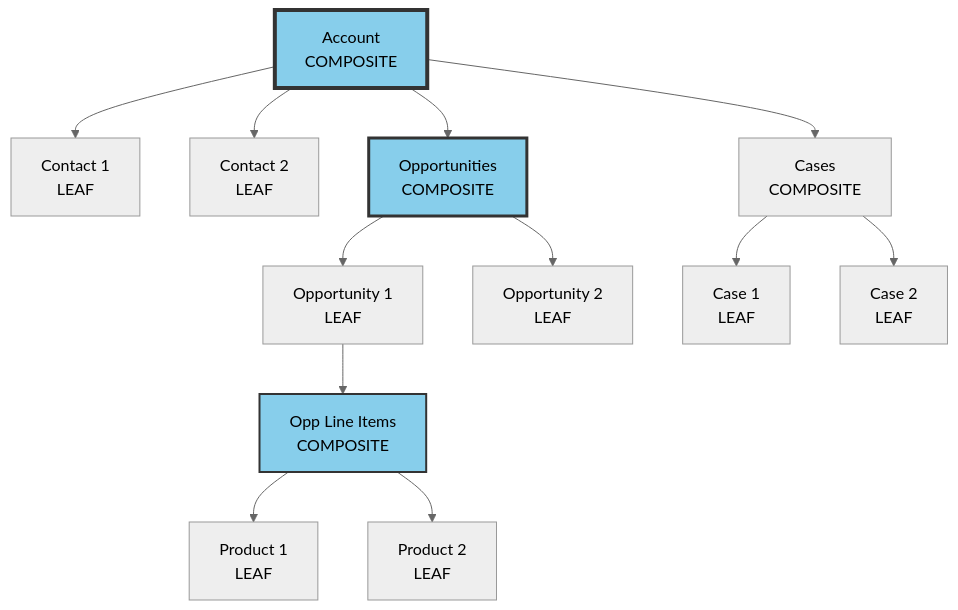
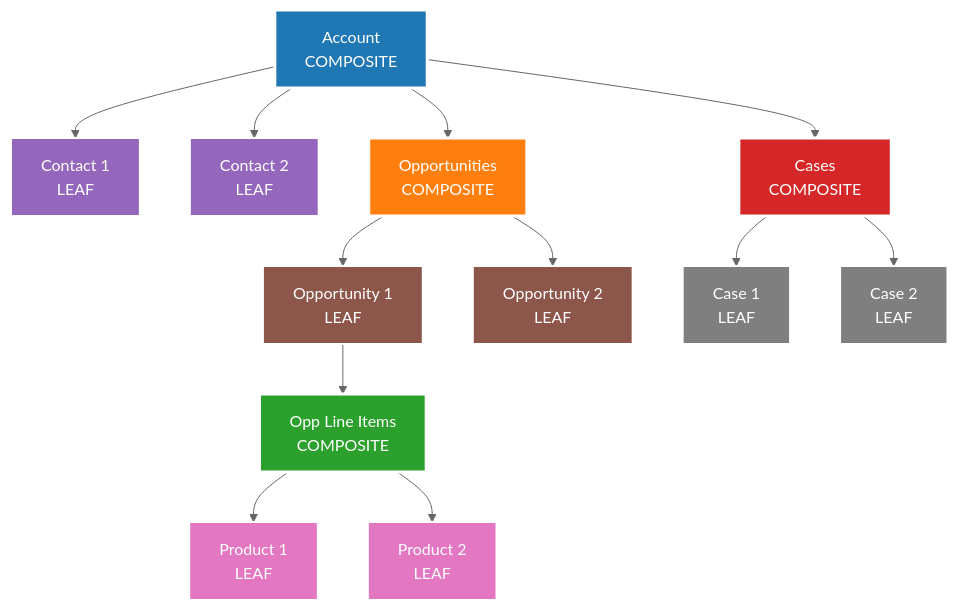
The tenth of 20 diagrams in README_DataCloud_Patterns_Data_Examples.md (arupsarkar-sfdc/Misc), drawn with Mermaid (neutral theme) before and after one commit. The commit also changed other lines of this file and 1 other file, not shown here.

````diff
--- a/README_DataCloud_Patterns_Data_Examples.md
+++ b/README_DataCloud_Patterns_Data_Examples.md
@@ -1072,21 +2631,30 @@
 ```mermaid
 graph TB
     Account[Account<br/>COMPOSITE] --> Contact1[Contact 1<br/>LEAF]
     Account --> Contact2[Contact 2<br/>LEAF]
     Account --> Opp[Opportunities<br/>COMPOSITE]
     
     Opp --> Opp1[Opportunity 1<br/>LEAF]
     Opp --> Opp2[Opportunity 2<br/>LEAF]
     
     Opp1 --> OppLine1[Opp Line Items<br/>COMPOSITE]
     OppLine1 --> Product1[Product 1<br/>LEAF]
     OppLine1 --> Product2[Product 2<br/>LEAF]
     
     Account --> Cases[Cases<br/>COMPOSITE]
     Cases --> Case1[Case 1<br/>LEAF]
     Cases --> Case2[Case 2<br/>LEAF]
     
-    style Account fill:#87CEEB,stroke:#333,stroke-width:4px
-    style Opp fill:#87CEEB,stroke:#333,stroke-width:3px
-    style OppLine1 fill:#87CEEB,stroke:#333,stroke-width:2px
+    style Account fill:#1f77b4,stroke:#ffffff,stroke-width:3px,color:#ffffff
+    style Opp fill:#ff7f0e,stroke:#ffffff,stroke-width:3px,color:#ffffff
+    style OppLine1 fill:#2ca02c,stroke:#ffffff,stroke-width:3px,color:#ffffff
+    style Cases fill:#d62728,stroke:#ffffff,stroke-width:3px,color:#ffffff
+    style Contact1 fill:#9467bd,stroke:#ffffff,stroke-width:2px,color:#ffffff
+    style Contact2 fill:#9467bd,stroke:#ffffff,stroke-width:2px,color:#ffffff
+    style Opp1 fill:#8c564b,stroke:#ffffff,stroke-width:2px,color:#ffffff
+    style Opp2 fill:#8c564b,stroke:#ffffff,stroke-width:2px,color:#ffffff
+    style Product1 fill:#e377c2,stroke:#ffffff,stroke-width:2px,color:#ffffff
+    style Product2 fill:#e377c2,stroke:#ffffff,stroke-width:2px,color:#ffffff
+    style Case1 fill:#7f7f7f,stroke:#ffffff,stroke-width:2px,color:#ffffff
+    style Case2 fill:#7f7f7f,stroke:#ffffff,stroke-width:2px,color:#ffffff
 ```
````
